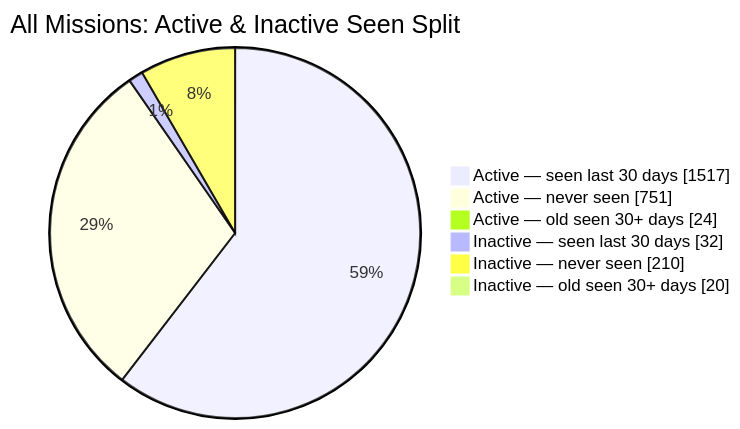
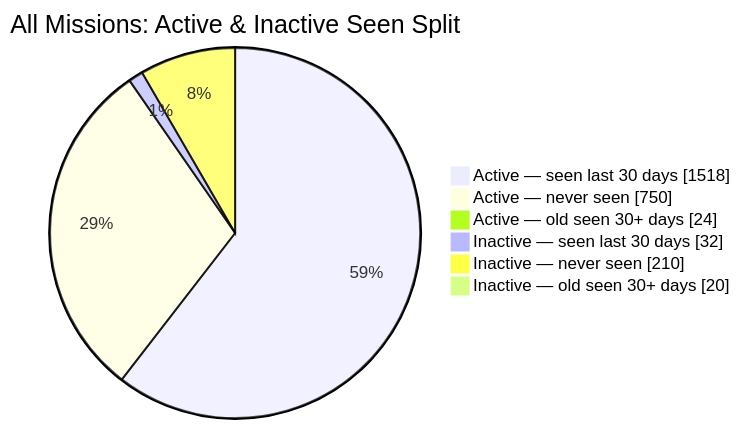
Before and after one commit to MeldkamerspelGameTeam/active-missions: the second of 2 diagrams in README.md, drawn with Mermaid. The commit also changed other lines of this file and 2 other files, not shown here.

````diff
--- a/README.md
+++ b/README.md
@@ -44,10 +44,10 @@
 ```mermaid
 pie showData
     title All Missions: Active & Inactive Seen Split
-    "Active — seen last 30 days" : 1517
-    "Active — never seen" : 751
+    "Active — seen last 30 days" : 1518
+    "Active — never seen" : 750
     "Active — old seen 30+ days" : 24
     "Inactive — seen last 30 days" : 32
     "Inactive — never seen" : 210
     "Inactive — old seen 30+ days" : 20
 ```
````
